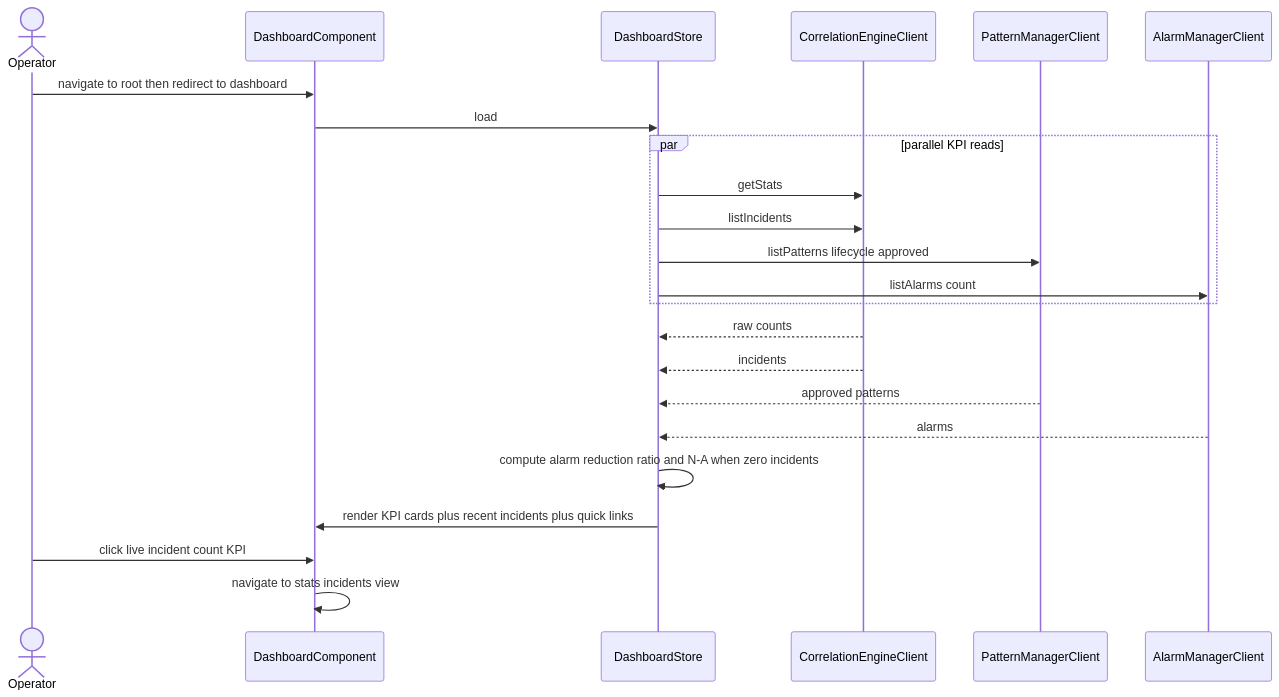
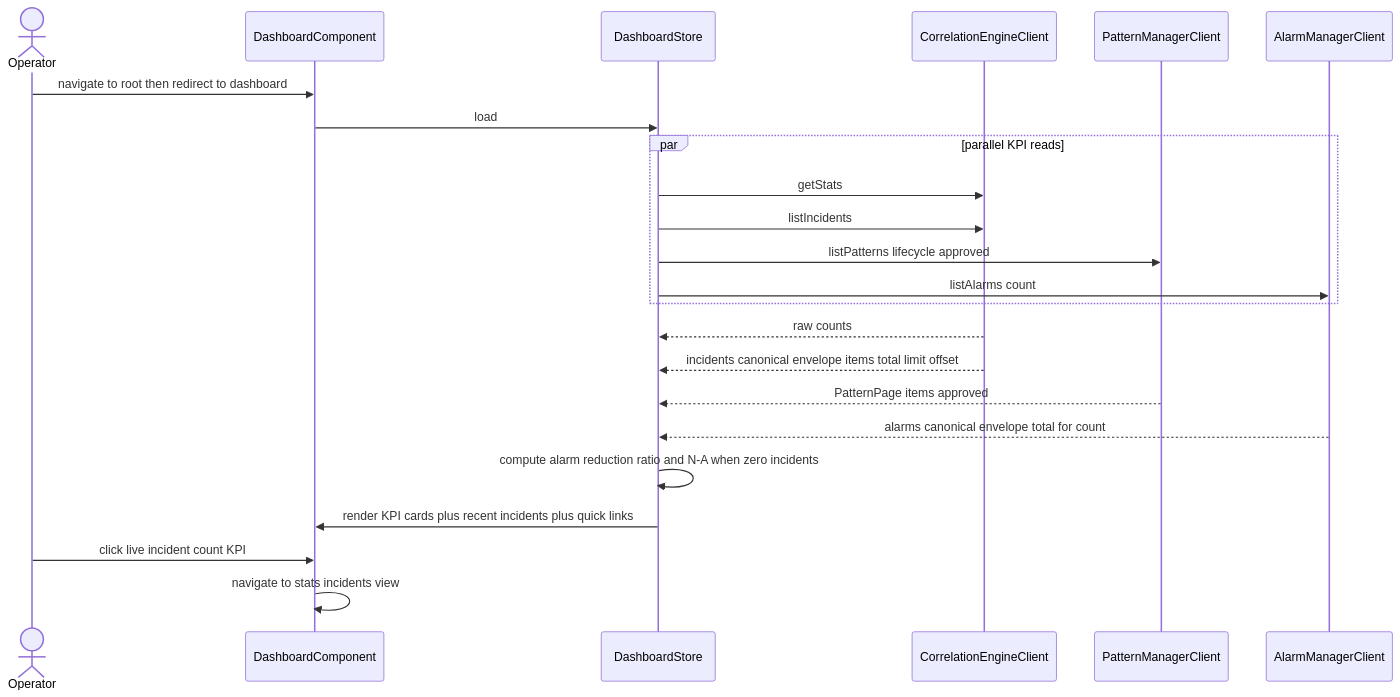
One commit to nikhilmohan/correlation-platform changed the fifth of 13 diagrams in services/web-ui/design.md. Above: the diagram before and after it, drawn with Mermaid. The commit also changed other lines of this file and 20 other files, not shown here.

````diff
--- a/services/web-ui/design.md
+++ b/services/web-ui/design.md
@@ -515,25 +740,25 @@
 ```mermaid
 sequenceDiagram
   actor Operator
   participant Dash as DashboardComponent
   participant Store as DashboardStore
   participant CEC as CorrelationEngineClient
   participant PMC as PatternManagerClient
   participant AMC as AlarmManagerClient
   Operator->>Dash: navigate to root then redirect to dashboard
   Dash->>Store: load
   par parallel KPI reads
     Store->>CEC: getStats
     Store->>CEC: listIncidents
     Store->>PMC: listPatterns lifecycle approved
     Store->>AMC: listAlarms count
   end
   CEC-->>Store: raw counts
-  CEC-->>Store: incidents
-  PMC-->>Store: approved patterns
-  AMC-->>Store: alarms
+  CEC-->>Store: incidents canonical envelope items total limit offset
+  PMC-->>Store: PatternPage items approved
+  AMC-->>Store: alarms canonical envelope total for count
   Store->>Store: compute alarm reduction ratio and N-A when zero incidents
   Store->>Dash: render KPI cards plus recent incidents plus quick links
   Operator->>Dash: click live incident count KPI
   Dash->>Dash: navigate to stats incidents view
 ```
````
